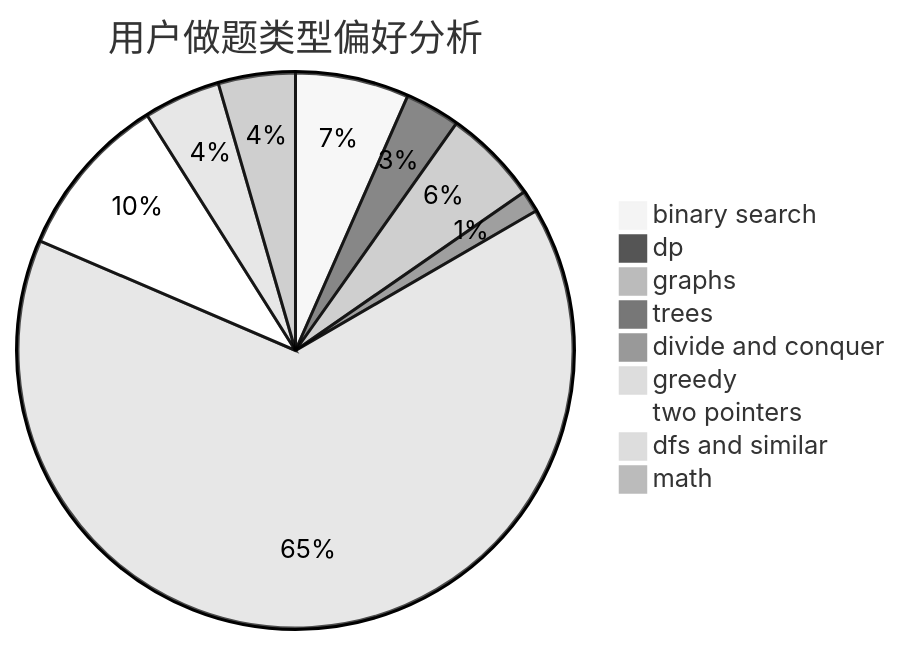
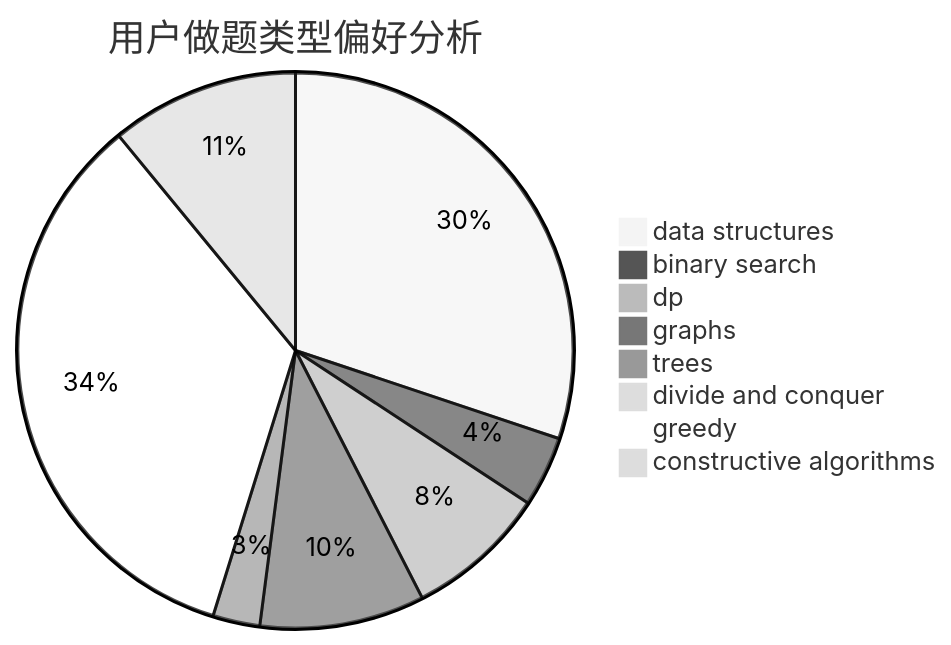
The second of 3 diagrams in docs/user/u1751.md (sherpahu/cfrs.github.io), drawn with Mermaid (neutral theme) before and after one commit. The commit also changed other lines of this file and 2775 other files, not shown here.

````diff
--- a/docs/user/u1751.md
+++ b/docs/user/u1751.md
@@ -23,12 +23,11 @@
 ```mermaid
 pie title 用户做题类型偏好分析
-    "binary search" :  31
-    "dp" :  15
-    "graphs" :  26
-    "trees" :  6
-    "divide and conquer" :  2
-    "greedy" :  304
-    "two pointers" :  45
-    "dfs and similar" :  21
-    "math" :  21
+    "data structures" :  22
+    "binary search" :  3
+    "dp" :  6
+    "graphs" :  7
+    "trees" :  2
+    "divide and conquer" :  0
+    "greedy" :  25
+    "constructive algorithms" :  8
 ```
````
